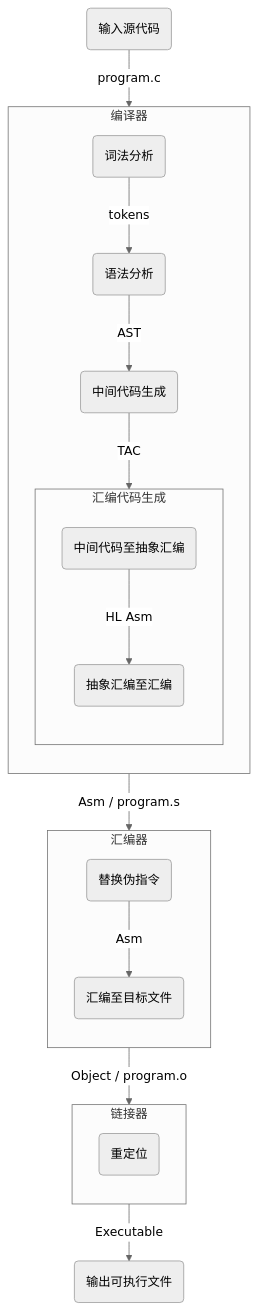
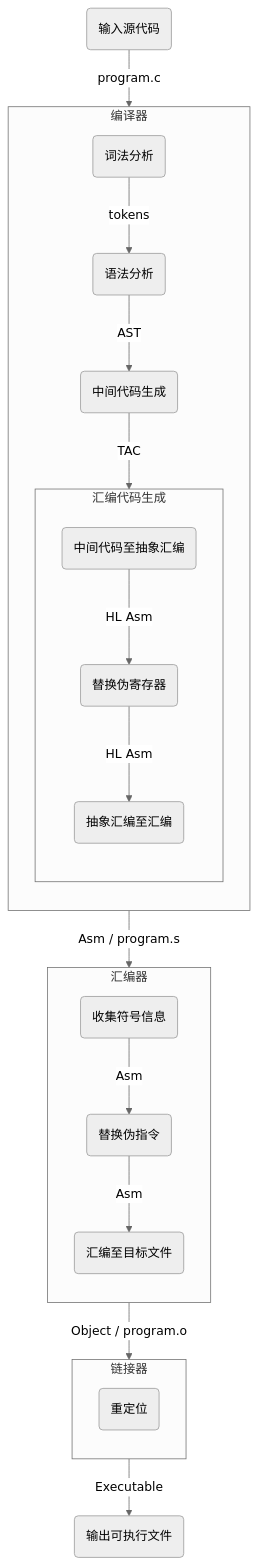
One commit to FlyMachinee/minecraft-c-language changed the first of 2 diagrams in docs/impl_details_zh_cn.md. Above: the diagram before and after it, drawn with Mermaid (neutral theme). The commit also changed 40 other files, not shown here.

````diff
--- a/docs/impl_details_zh_cn.md
+++ b/docs/impl_details_zh_cn.md
@@ -7,38 +7,42 @@
 ```mermaid
 graph TD
 
     subgraph Compiler [编译器]
         direction TD
         Lexer(词法分析)
         Parser(语法分析)
         TacGen(中间代码生成)
 
         subgraph AsmGen [汇编代码生成]
             direction TD
             TacToHighLevelAsm(中间代码至抽象汇编)
+            ReplacePseudoRegister(替换伪寄存器)
             HighLevelAsmToAsm(抽象汇编至汇编)
         end
     end
 
     subgraph Assembler [汇编器]
         direction TD
-        ReplacePesudoAsm(替换伪指令)
+        CollectSymbols(收集符号信息)
+        ReplacePseudoAsm(替换伪指令)
         AsmToObjectFile(汇编至目标文件)
     end
 
     subgraph Linker [链接器]
         direction TD
         Redirect(重定位)
     end
 
     Start(输入源代码)
     --> |program.c| Lexer
     --> |tokens| Parser
     --> |AST| TacGen
     --> |TAC| TacToHighLevelAsm
+    --> |HL Asm| ReplacePseudoRegister
     --> |HL Asm| HighLevelAsmToAsm
-    --> |Asm / program.s| ReplacePesudoAsm
+    --> |Asm / program.s| CollectSymbols
+    --> |Asm| ReplacePseudoAsm
     --> |Asm| AsmToObjectFile
     --> |Object / program.o| Redirect
     --> |Executable| Stop(输出可执行文件)
 ```
````
